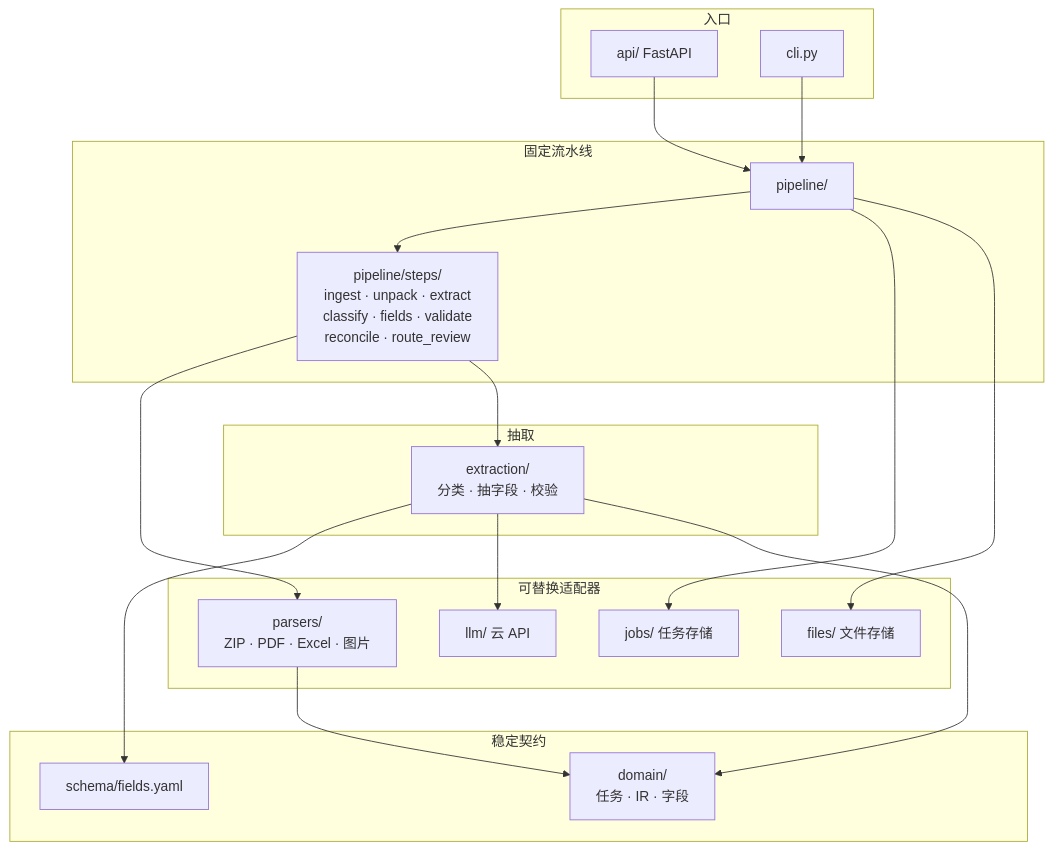
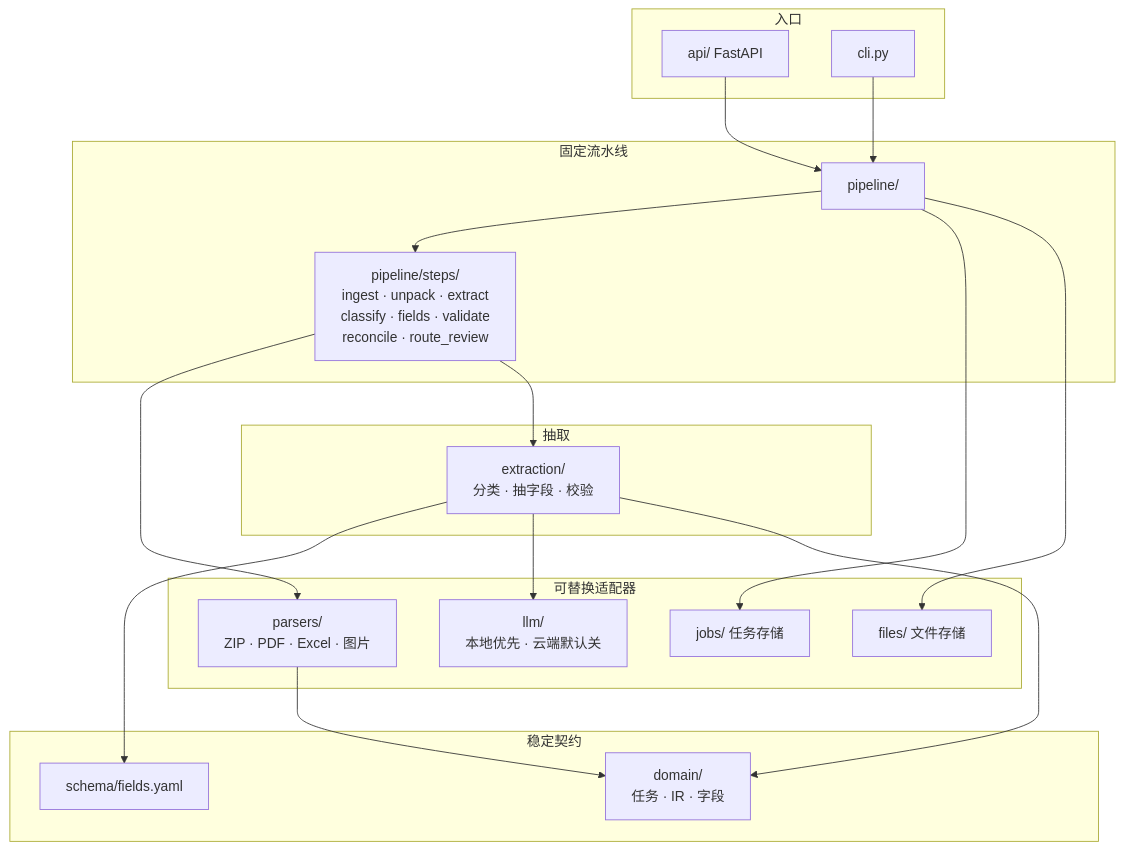
One commit to Baldwinzc/docparse changed the fourth of 4 diagrams in README.md. Above: the diagram before and after it, drawn with Mermaid. The commit also changed other lines of this file and 12 other files, not shown here.

First line of the commit message:
docs: 本地化约束刷新，从「只走云 API」改为「本地优先，云端默认关」（#95）

````diff
--- a/README.md
+++ b/README.md
@@ -75,40 +75,40 @@
 ```mermaid
 flowchart TB
     subgraph entry [入口]
         API[api/ FastAPI]
         CLI[cli.py]
     end
 
     subgraph pipe [固定流水线]
         P[pipeline/]
         S[pipeline/steps/<br/>ingest · unpack · extract<br/>classify · fields · validate<br/>reconcile · route_review]
         P --> S
     end
 
     subgraph core [稳定契约]
         DOM[domain/<br/>任务 · IR · 字段]
         SCH[schema/fields.yaml]
     end
 
     subgraph adapt [可替换适配器]
         PAR[parsers/<br/>ZIP · PDF · Excel · 图片]
-        LLM[llm/ 云 API]
+        LLM[llm/<br/>本地优先 · 云端默认关]
         JOB[jobs/ 任务存储]
         FIL[files/ 文件存储]
     end
 
     subgraph ext [抽取]
         EX[extraction/<br/>分类 · 抽字段 · 校验]
     end
 
     API --> P
     CLI --> P
     S --> PAR
     S --> EX
     EX --> SCH
     EX --> LLM
     PAR --> DOM
     EX --> DOM
     P --> JOB
     P --> FIL
 ```
````
